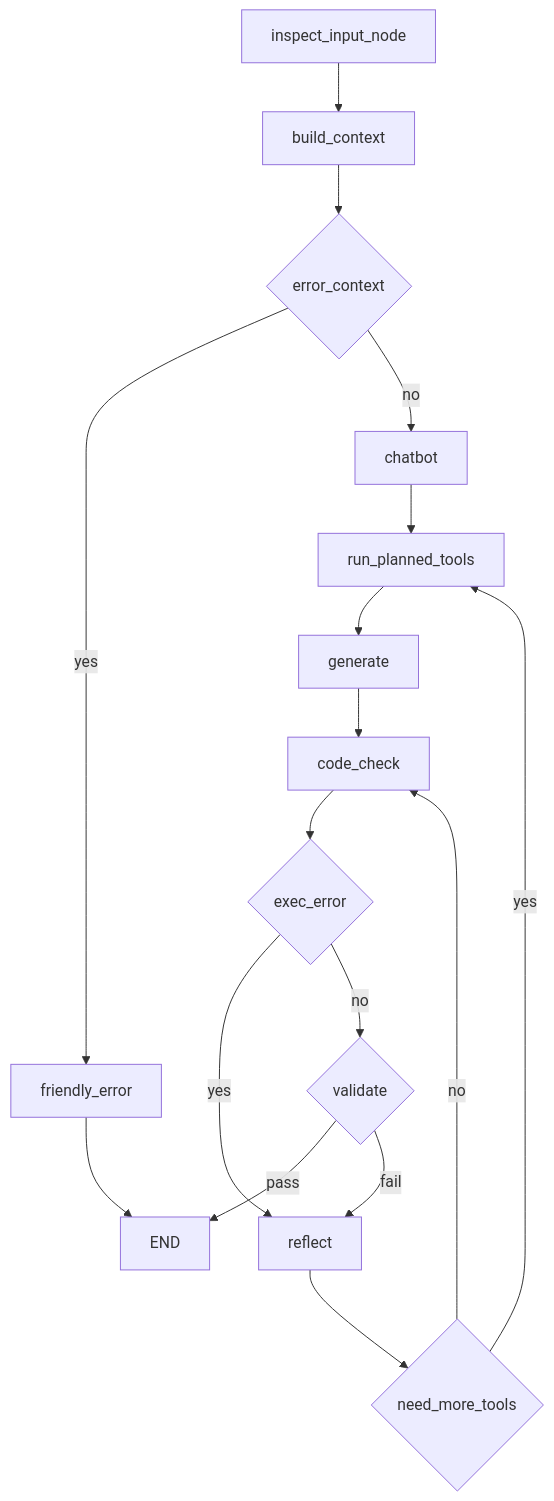
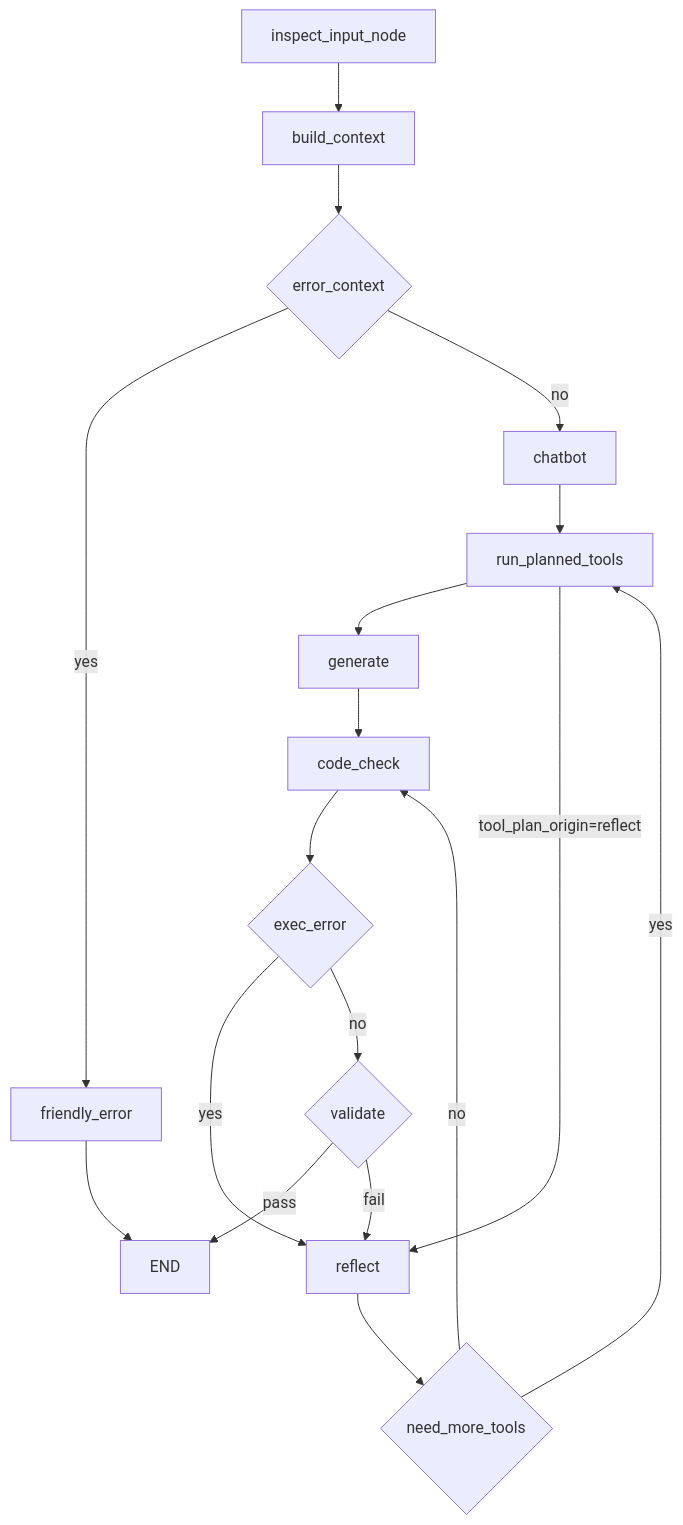
Before and after one commit to sonsukwoo/Data_preprocessing_auto: the second of 3 diagrams in README.md, drawn with Mermaid. The commit also changed other lines of this file and 6 other files, not shown here.

````diff
--- a/README.md
+++ b/README.md
@@ -131,18 +133,19 @@
 ```mermaid
 flowchart TD
   I[inspect_input_node] --> C[build_context]
   C --> D{error_context}
   D -->|yes| X[friendly_error] --> H[END]
   D -->|no| B[chatbot]
   B --> T[run_planned_tools]
   T --> E[generate]
   E --> F[code_check]
   F --> FE{exec_error}
   FE -->|yes| R[reflect]
   FE -->|no| G{validate}
   G -->|pass| H
   G -->|fail| R
   R --> RT{need_more_tools}
   RT -->|yes| T
   RT -->|no| F
+  T -->|tool_plan_origin=reflect| R
 ```
````
